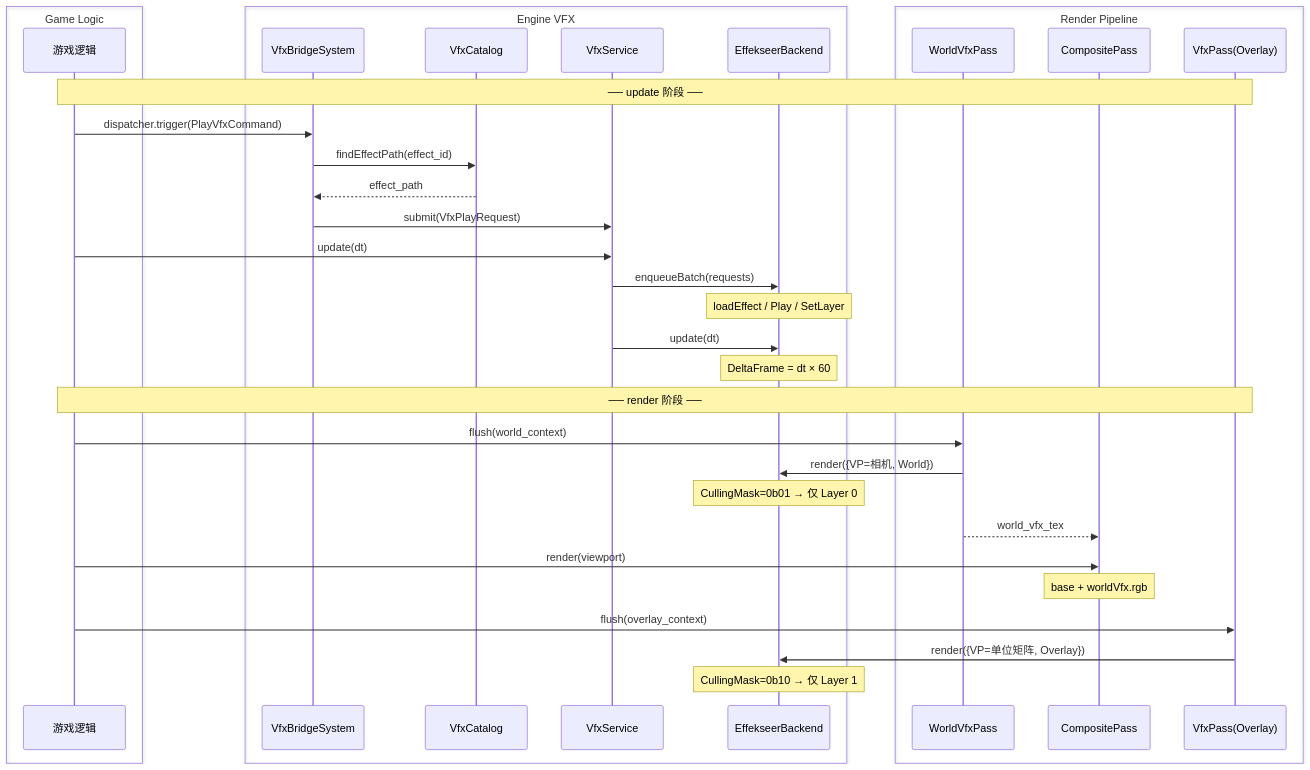
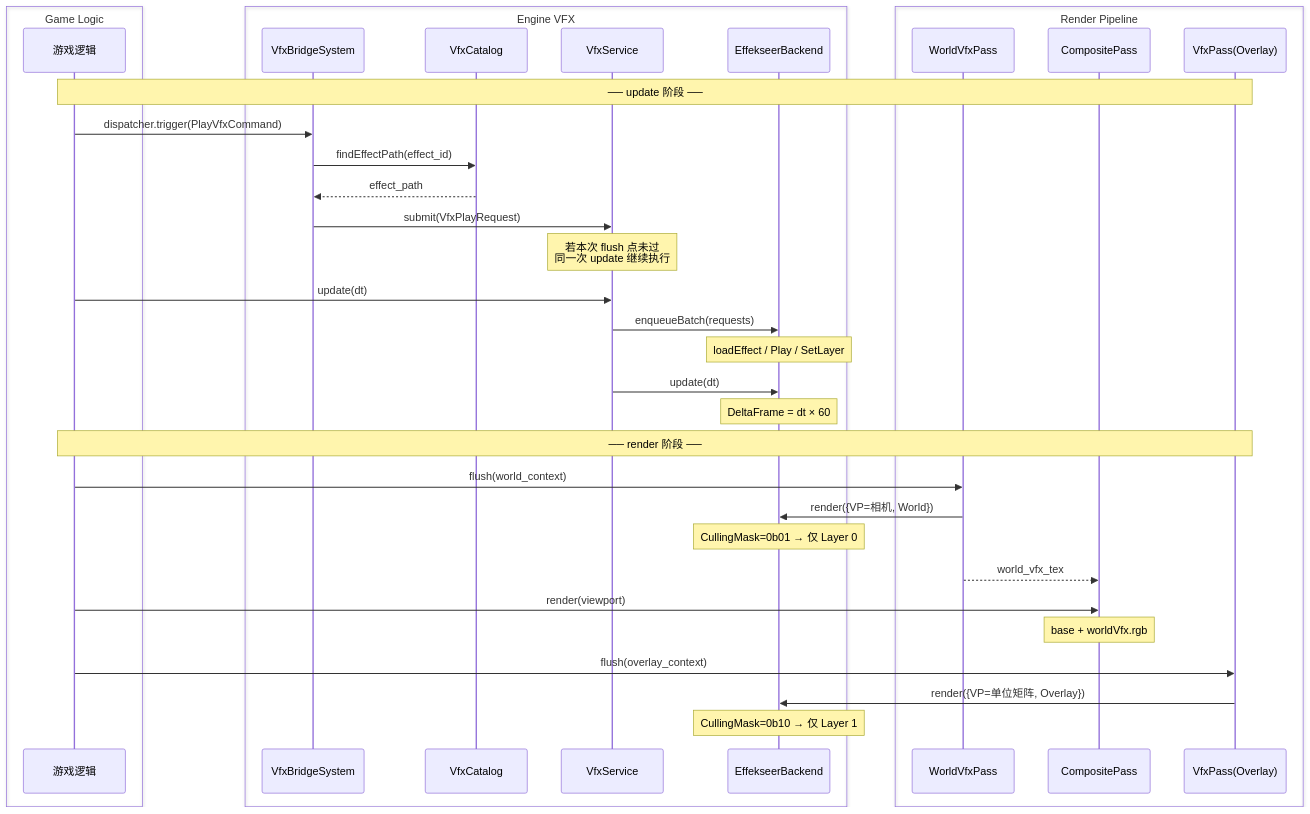
Before and after one commit to WispSnow/TinyFarmRPG: diagram 12 of 13 in docs/engine/vfx_and_effekseer.md, drawn with Mermaid. The commit also changed other lines of this file and 13 other files, not shown here.

````diff
--- a/docs/engine/vfx_and_effekseer.md
+++ b/docs/engine/vfx_and_effekseer.md
@@ -456,41 +461,42 @@
 ```mermaid
 sequenceDiagram
     box Game Logic
         participant GL as 游戏逻辑
     end
     box Engine VFX
         participant BS as VfxBridgeSystem
         participant VC as VfxCatalog
         participant VS as VfxService
         participant BE as EffekseerBackend
     end
     box Render Pipeline
         participant WP as WorldVfxPass
         participant CP as CompositePass
         participant OP as VfxPass(Overlay)
     end
 
     Note over GL,OP: ── update 阶段 ──
     GL->>BS: dispatcher.trigger(PlayVfxCommand)
     BS->>VC: findEffectPath(effect_id)
     VC-->>BS: effect_path
     BS->>VS: submit(VfxPlayRequest)
+    Note over VS: 若本次 flush 点未过<br/>同一次 update 继续执行
     GL->>VS: update(dt)
     VS->>BE: enqueueBatch(requests)
     Note over BE: loadEffect / Play / SetLayer
     VS->>BE: update(dt)
     Note over BE: DeltaFrame = dt × 60
 
     Note over GL,OP: ── render 阶段 ──
     GL->>WP: flush(world_context)
     WP->>BE: render({VP=相机, World})
     Note over BE: CullingMask=0b01 → 仅 Layer 0
     WP-->>CP: world_vfx_tex
 
     GL->>CP: render(viewport)
     Note over CP: base + worldVfx.rgb
 
     GL->>OP: flush(overlay_context)
     OP->>BE: render({VP=单位矩阵, Overlay})
     Note over BE: CullingMask=0b10 → 仅 Layer 1
 ```
````
